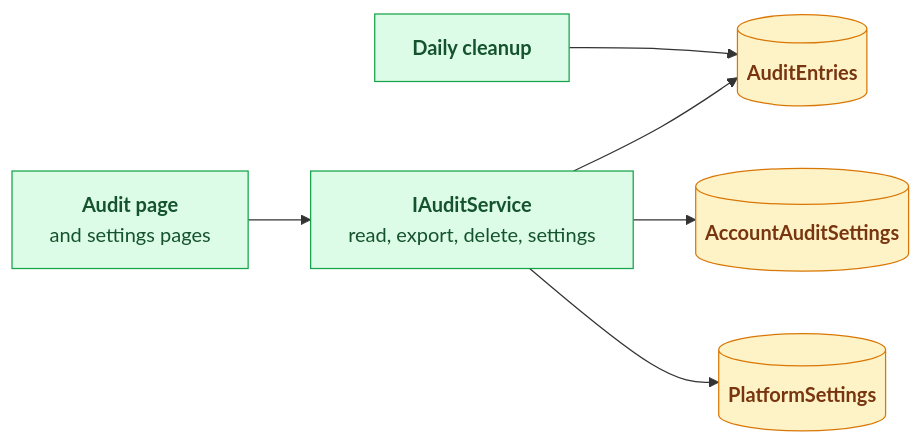
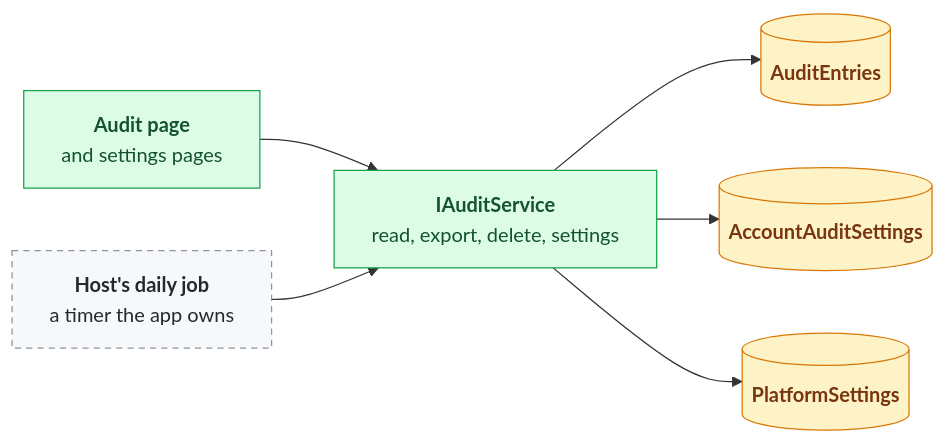
The second of 5 diagrams in Plans/auditing.md (ultrabstrong/Corely.IAM), drawn with Mermaid before and after one commit. The commit also changed other lines of this file, not shown here.

First line of the commit message:
Have IAM ship the audit retention cleanup as an operation and the app schedule it

````diff
--- a/Plans/auditing.md
+++ b/Plans/auditing.md
@@ -58,20 +58,22 @@
 ```mermaid
 flowchart LR
-    cleanup["<b>Daily cleanup</b>"]
     pages["<b>Audit page</b><br/>and settings pages"]
+    cleanup["<b>Host's daily job</b><br/>a timer the app owns"]
     service["<b>IAuditService</b><br/>read, export, delete, settings"]
     entries[("<b>AuditEntries</b>")]
     acct[("<b>AccountAuditSettings</b>")]
     plat[("<b>PlatformSettings</b>")]
 
-    cleanup --> entries
     pages --> service
+    cleanup --> service
     service --> entries
     service --> acct
     service --> plat
 
     classDef new fill:#dcfce7,stroke:#16a34a,color:#14532d
     classDef store fill:#fef3c7,stroke:#d97706,color:#78350f
-    class cleanup,pages,service new
+    classDef host fill:#f6f8fa,stroke:#8c959f,color:#24292f,stroke-dasharray:5 4
+    class pages,service new
     class entries,acct,plat store
+    class cleanup host
 ```
````
